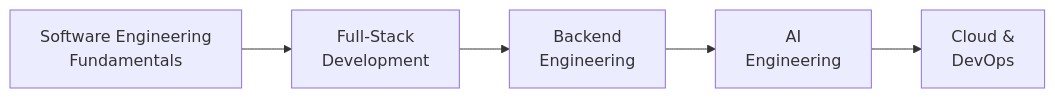
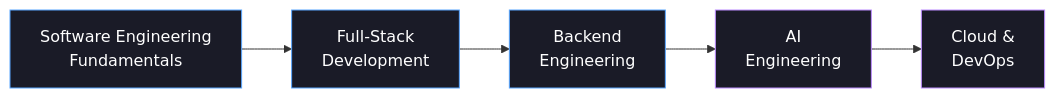
Before and after one commit to mo-dallal/mo-dallal: the diagram in README.md, drawn with Mermaid. The commit also changed other lines of this file, not shown here.

````diff
--- a/README.md
+++ b/README.md
@@ -55,7 +56,13 @@
 ```mermaid
 flowchart LR
     A[Software Engineering<br/>Fundamentals] --> B[Full-Stack<br/>Development]
     B --> C[Backend<br/>Engineering]
     C --> D[AI<br/>Engineering]
     D --> E[Cloud &<br/>DevOps]
+
+    style A fill:#1a1b27,stroke:#58A6FF,color:#fff
+    style B fill:#1a1b27,stroke:#58A6FF,color:#fff
+    style C fill:#1a1b27,stroke:#58A6FF,color:#fff
+    style D fill:#1a1b27,stroke:#BC8CFF,color:#fff
+    style E fill:#1a1b27,stroke:#BC8CFF,color:#fff
 ```
````
